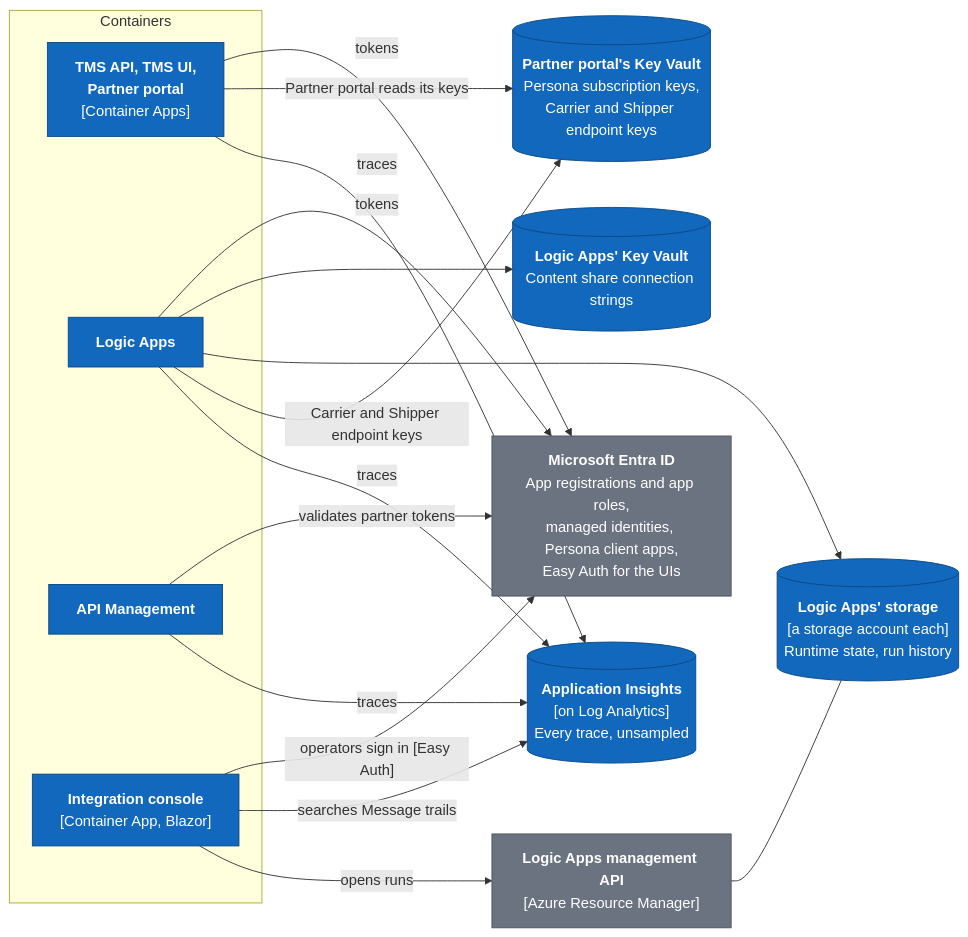
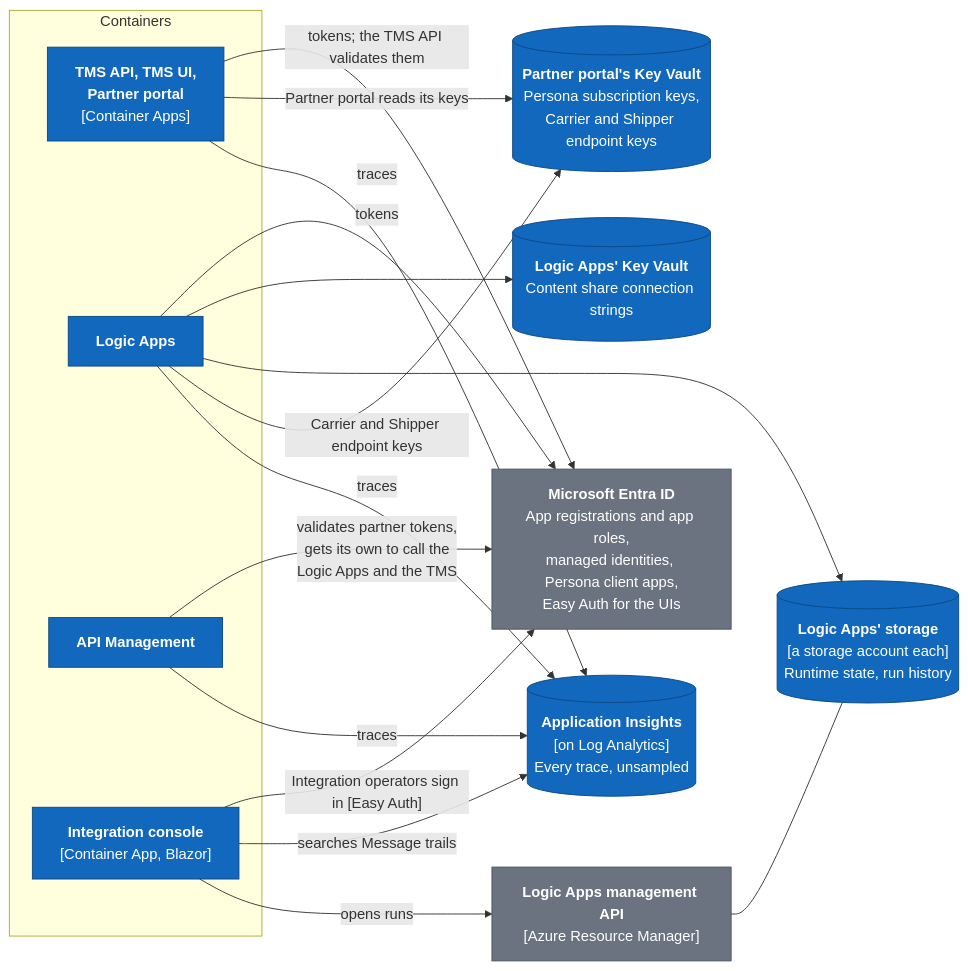
The fourth of 4 diagrams in docs/architecture/c4.md (congruent-it/norvia-sandbox), drawn with Mermaid before and after one commit. The commit also changed other lines of this file and 1 other file, not shown here.

First line of the commit message:
Architecture docs: draw only what is built, and name identities as the glossary does (#231)

````diff
--- a/docs/architecture/c4.md
+++ b/docs/architecture/c4.md
@@ -196,34 +196,34 @@
 ```mermaid
 flowchart LR
     subgraph callers["Containers"]
         apps["<b>TMS API, TMS UI,<br/>Partner portal</b><br/>[Container Apps]"]:::system
         las["<b>Logic Apps</b>"]:::system
         apim["<b>API Management</b>"]:::system
         console["<b>Integration console</b><br/>[Container App, Blazor]"]:::system
     end
 
     entra["<b>Microsoft Entra ID</b><br/>App registrations and app roles,<br/>managed identities, Persona client apps,<br/>Easy Auth for the UIs"]:::external
     contentkv[("<b>Logic Apps' Key Vault</b><br/>Content share connection strings")]:::system
     partnerkv[("<b>Partner portal's Key Vault</b><br/>Persona subscription keys,<br/>Carrier and Shipper endpoint keys")]:::system
     lastorage[("<b>Logic Apps' storage</b><br/>[a storage account each]<br/>Runtime state, run history")]:::system
     insights[("<b>Application Insights</b><br/>[on Log Analytics]<br/>Every trace, unsampled")]:::system
     arm["<b>Logic Apps management API</b><br/>[Azure Resource Manager]"]:::external
 
-    apps -- "tokens" --> entra
+    apps -- "tokens; the TMS API validates them" --> entra
     las -- "tokens" --> entra
-    apim -- "validates partner tokens" --> entra
-    console -- "operators sign in [Easy Auth]" --> entra
+    apim -- "validates partner tokens,<br/>gets its own to call the<br/>Logic Apps and the TMS" --> entra
+    console -- "Integration operators sign in [Easy Auth]" --> entra
     las --> contentkv
     las --> lastorage
     las -- "Carrier and Shipper endpoint keys" --> partnerkv
     apps -- "Partner portal reads its keys" --> partnerkv
     apps -- "traces" --> insights
     las -- "traces" --> insights
     apim -- "traces" --> insights
     console -- "searches Message trails" --> insights
     console -- "opens runs" --> arm
     arm --- lastorage
 
     classDef system fill:#1168bd,stroke:#0b4884,color:#fff
     classDef external fill:#6b7280,stroke:#4b5563,color:#fff
 ```
````
